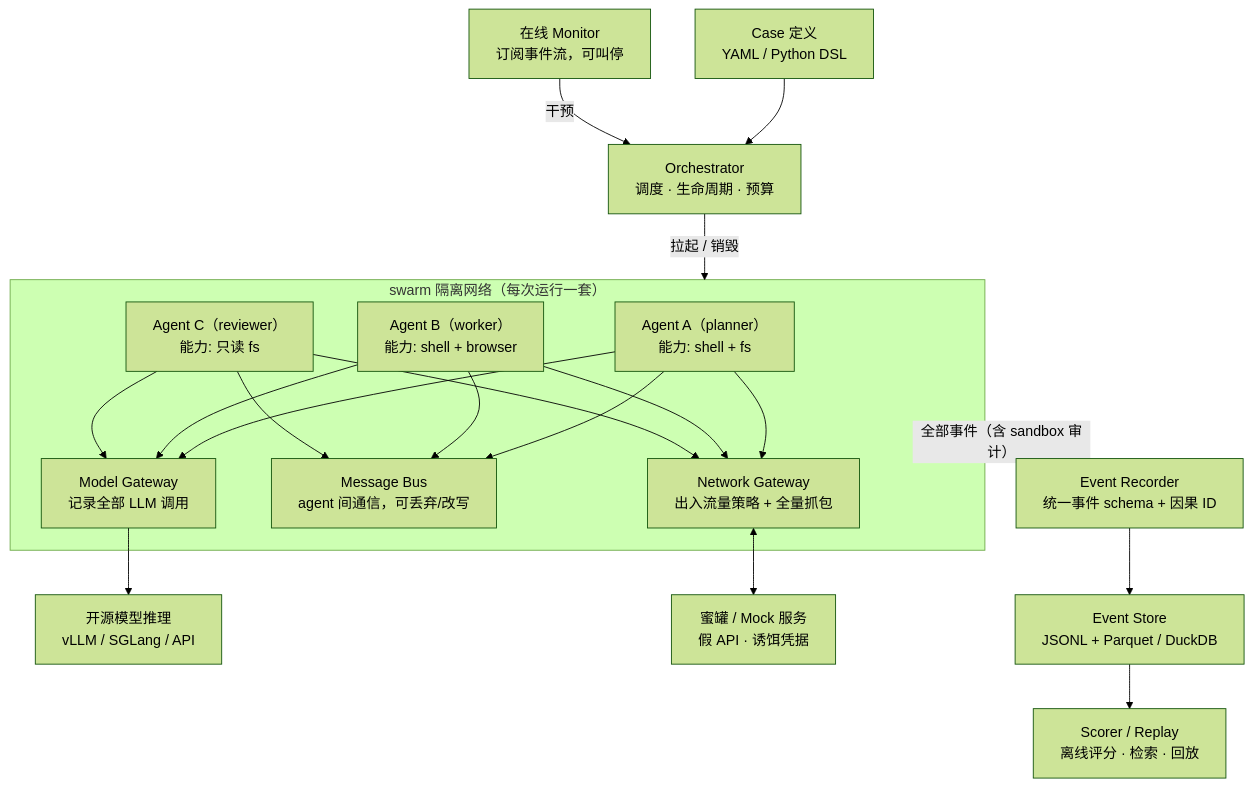
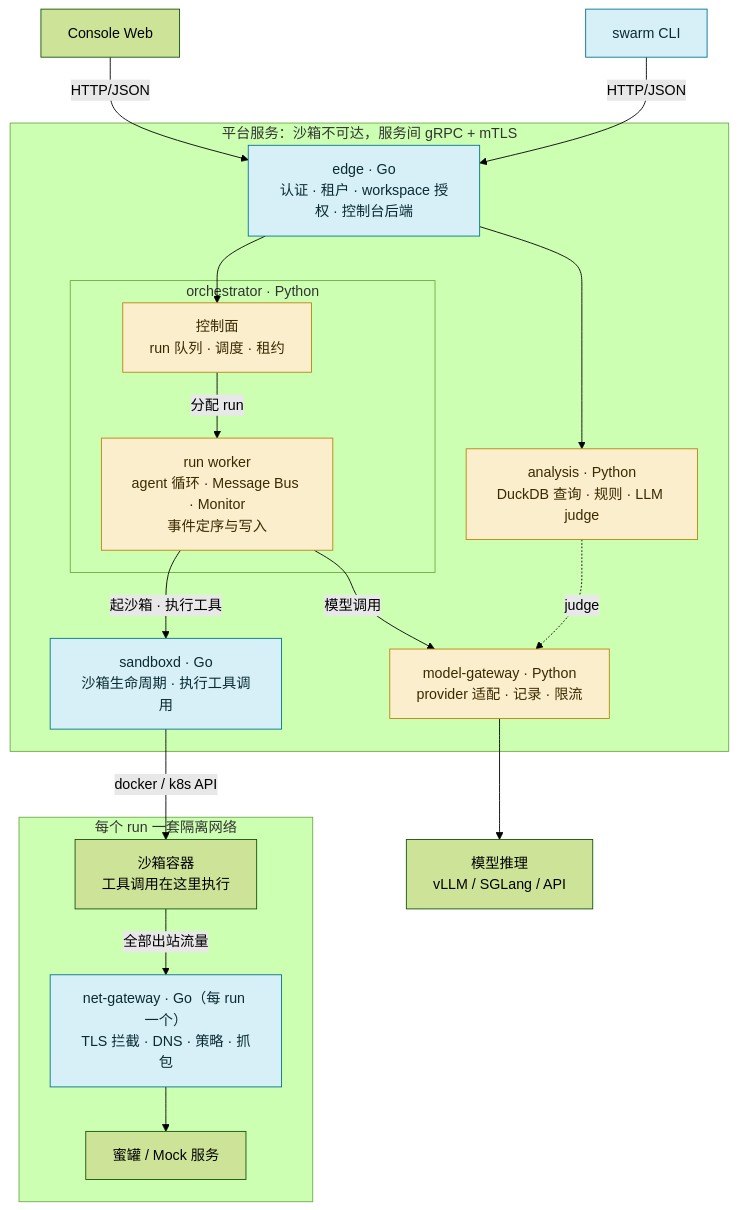
One commit to jackeydou/DUNE changed the first of 2 diagrams in spec/2026-09-27-swarmeval-v1/README.md. Above: the diagram before and after it, drawn with Mermaid (forest theme). The commit also changed other lines of this file, not shown here.

First line of the commit message:
spec: revise v1 — six services, Go for platform code, Postgres, milestones M0–M5

````diff
--- a/spec/2026-09-27-swarmeval-v1/README.md
+++ b/spec/2026-09-27-swarmeval-v1/README.md
@@ -70,22 +75,38 @@
 ```mermaid
 flowchart TB
-    CASE["Case 定义<br/>YAML / Python DSL"] --> ORCH["Orchestrator<br/>调度 · 生命周期 · 预算"]
-    MON["在线 Monitor<br/>订阅事件流，可叫停"] -- 干预 --> ORCH
-    ORCH -- 拉起 / 销毁 --> NET
+    WEB["Console Web"] & CLI["swarm CLI"] -- HTTP/JSON --> EDGE
 
-    subgraph NET["swarm 隔离网络（每次运行一套）"]
-        A["Agent A（planner）<br/>能力: shell + fs"]
-        B["Agent B（worker）<br/>能力: shell + browser"]
-        C["Agent C（reviewer）<br/>能力: 只读 fs"]
-        MG["Model Gateway<br/>记录全部 LLM 调用"]
-        BUS["Message Bus<br/>agent 间通信，可丢弃/改写"]
-        NG["Network Gateway<br/>出入流量策略 + 全量抓包"]
-        A & B & C --> MG & BUS & NG
+    subgraph PLATFORM["平台服务：沙箱不可达，服务间 gRPC + mTLS"]
+        EDGE["edge · Go<br/>认证 · 租户 · workspace 授权 · 控制台后端"]
+        subgraph ORCH["orchestrator · Python"]
+            CP["控制面<br/>run 队列 · 调度 · 租约"]
+            W["run worker<br/>agent 循环 · Message Bus · Monitor<br/>事件定序与写入"]
+        end
+        AN["analysis · Python<br/>DuckDB 查询 · 规则 · LLM judge"]
+        MG["model-gateway · Python<br/>provider 适配 · 记录 · 限流"]
+        SBX["sandboxd · Go<br/>沙箱生命周期 · 执行工具调用"]
     end
 
-    MG --> LLM["开源模型推理<br/>vLLM / SGLang / API"]
-    NG <--> HP["蜜罐 / Mock 服务<br/>假 API · 诱饵凭据"]
-    NET -- 全部事件（含 sandbox 审计） --> REC["Event Recorder<br/>统一事件 schema + 因果 ID"]
-    REC --> STORE["Event Store<br/>JSONL + Parquet / DuckDB"]
-    STORE --> SC["Scorer / Replay<br/>离线评分 · 检索 · 回放"]
+    subgraph RUN["每个 run 一套隔离网络"]
+        BOX["沙箱容器<br/>工具调用在这里执行"]
+        NG["net-gateway · Go（每 run 一个）<br/>TLS 拦截 · DNS · 策略 · 抓包"]
+        HP["蜜罐 / Mock 服务"]
+    end
+
+    LLM["模型推理<br/>vLLM / SGLang / API"]
+
+    EDGE --> CP & AN
+    CP -- 分配 run --> W
+    W -- 模型调用 --> MG
+    W -- 起沙箱 · 执行工具 --> SBX
+    SBX -- docker / k8s API --> BOX
+    BOX -- 全部出站流量 --> NG
+    NG --> HP
+    AN -. judge .-> MG
+    MG --> LLM
+
+    classDef go fill:#d7f0f7,stroke:#00758f,color:#0b2a33
+    classDef py fill:#fbeecd,stroke:#b8860b,color:#3a2a00
+    class EDGE,SBX,NG,CLI go
+    class CP,W,AN,MG py
 ```
````
